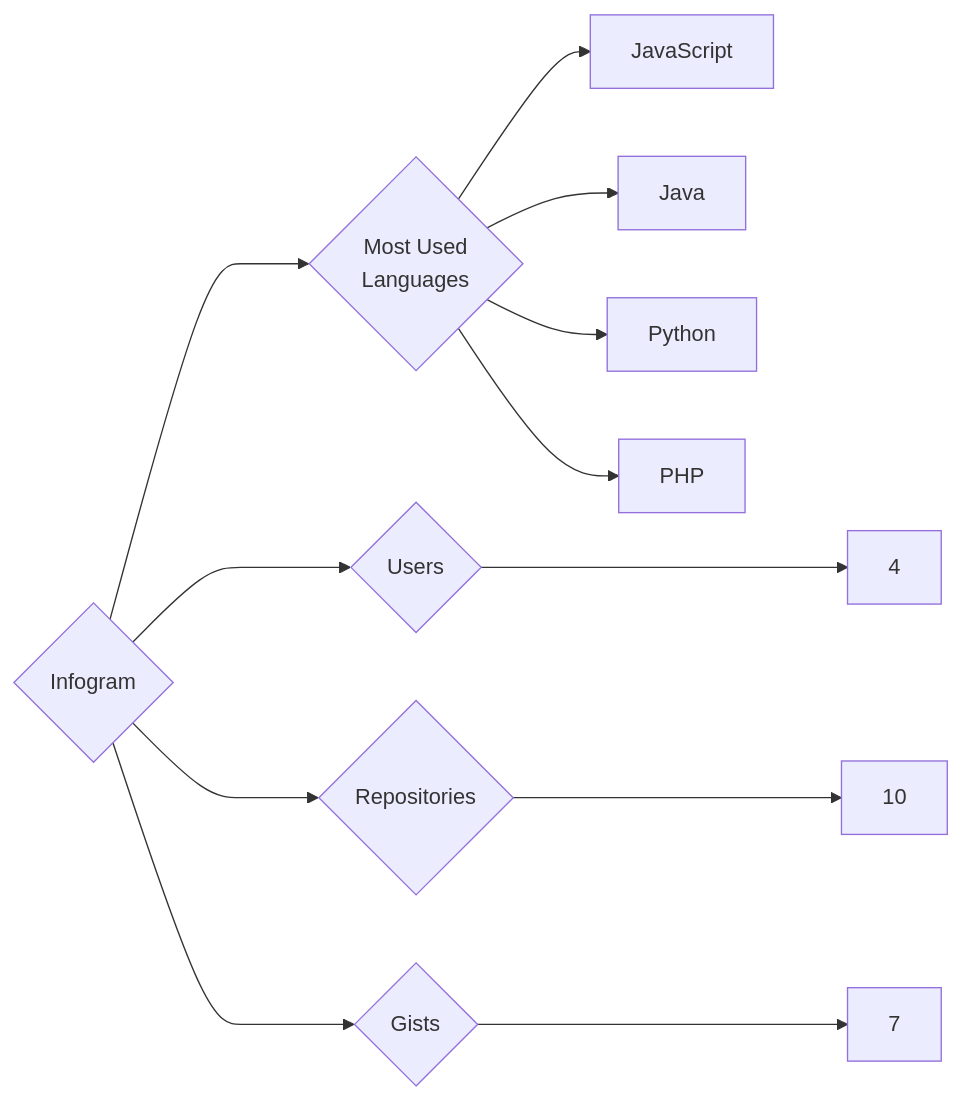
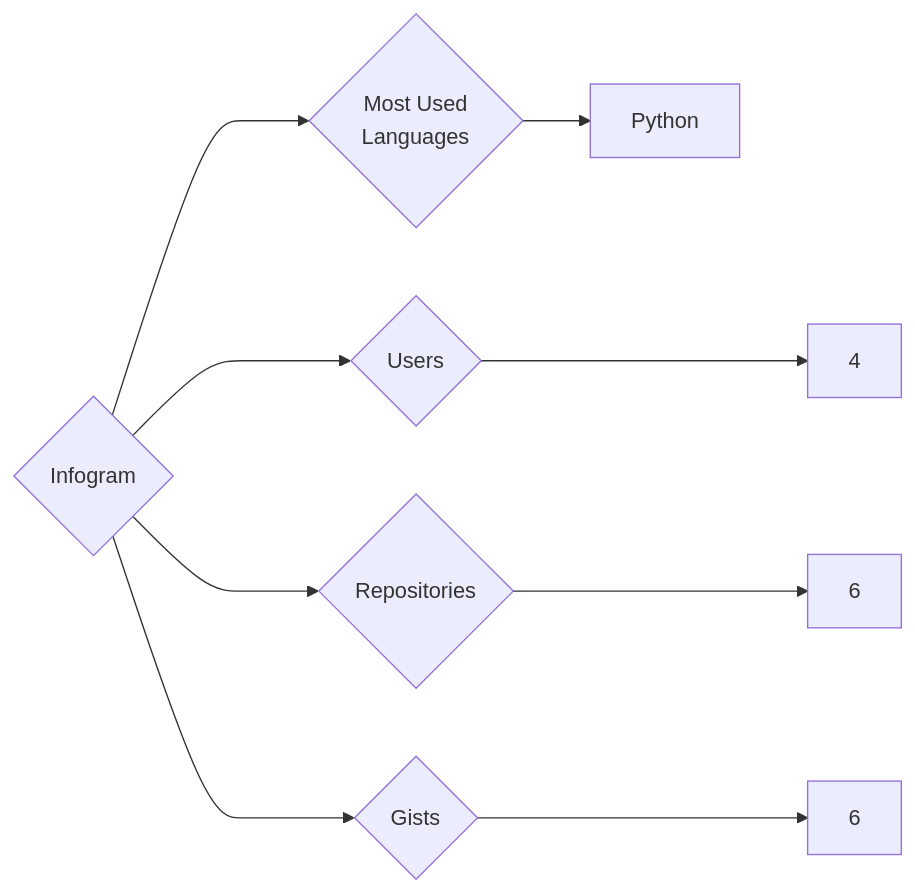
The diagram in targets/Infogram/README.md (trickest/insiders), drawn with Mermaid before and after one commit. The commit also changed 933 other files, not shown here.

````diff
--- a/targets/Infogram/README.md
+++ b/targets/Infogram/README.md
@@ -3,12 +3,9 @@
 ```mermaid
 graph LR
 COMPANY_NAME{Infogram}
 COMPANY_NAME ---> U{Users} ---> UN[4]
-COMPANY_NAME ---> R{Repositories} ---> RN[10]
-COMPANY_NAME ---> G{Gists} ---> GN[7]
+COMPANY_NAME ---> R{Repositories} ---> RN[6]
+COMPANY_NAME ---> G{Gists} ---> GN[6]
 COMPANY_NAME ---> ML{Most Used<br>Languages}
-ML --> JavaScript[JavaScript]
-ML --> Java[Java]
 ML --> Python[Python]
-ML --> PHP[PHP]
 ```
````
